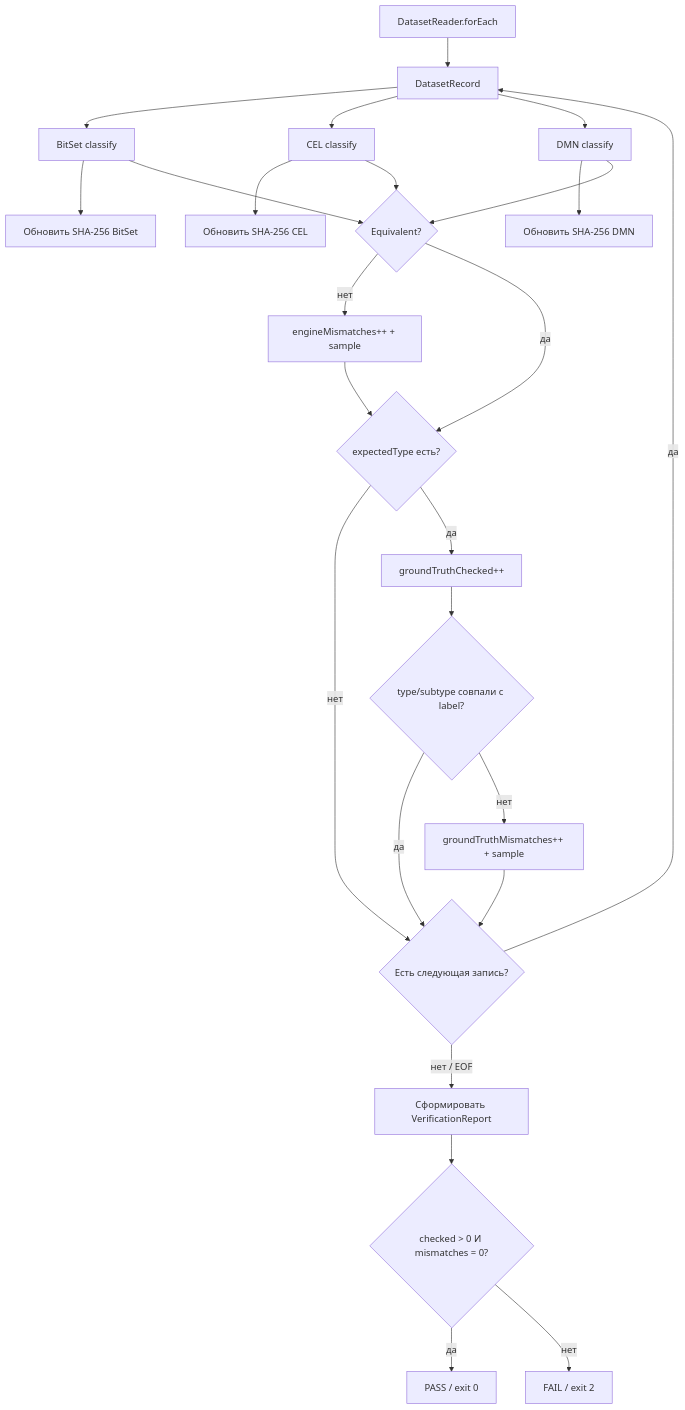
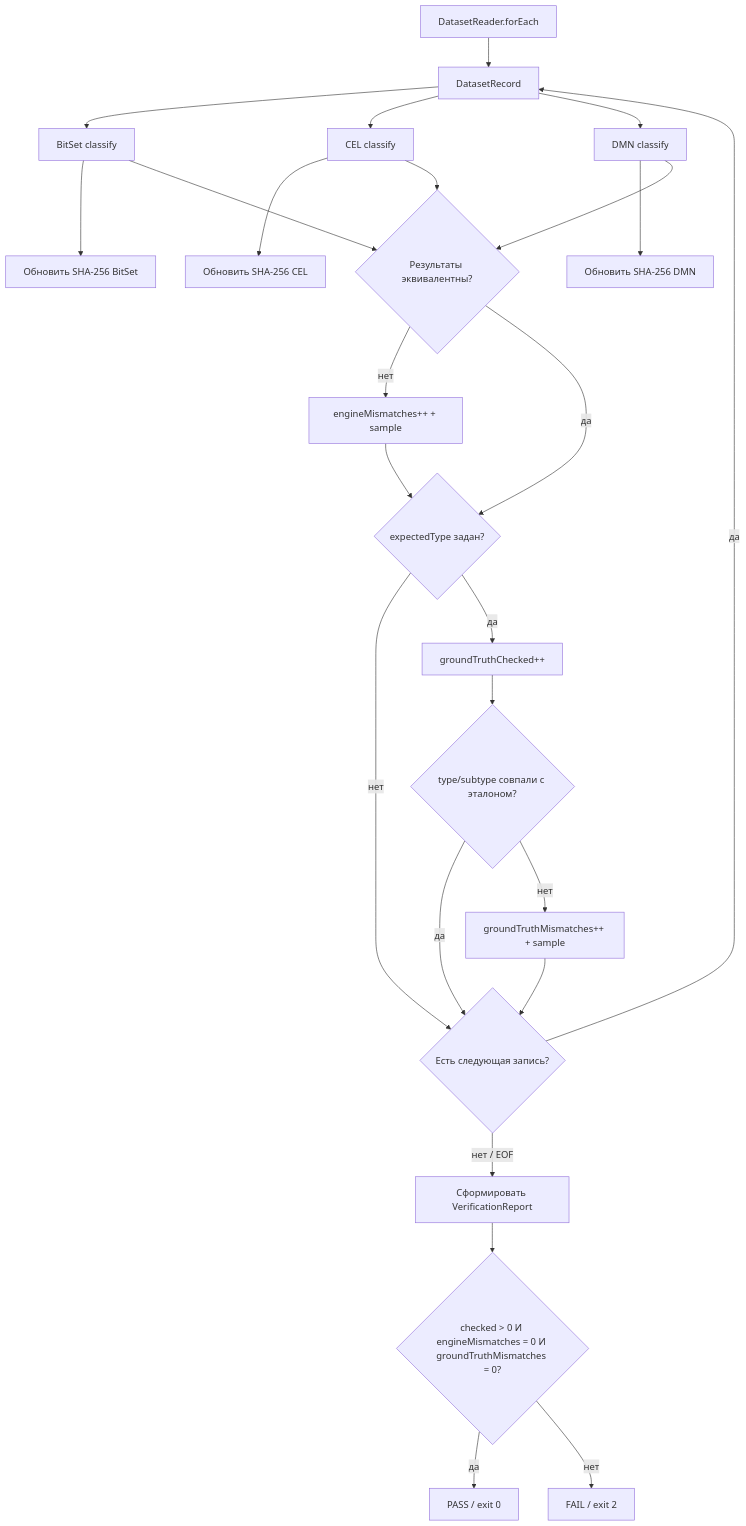
Before and after one commit to GAbra/itam-asset-typing-benchmark: the fifth of 6 diagrams in docs/IMPLEMENTATION_RU.md, drawn with Mermaid. The commit also changed other lines of this file, not shown here.

Commit message:
Use Russian flow diagrams and explicit branch labels

````diff
--- a/docs/IMPLEMENTATION_RU.md
+++ b/docs/IMPLEMENTATION_RU.md
@@ -152,27 +154,27 @@
 ```mermaid
 flowchart TD
     R[DatasetReader.forEach] --> X[DatasetRecord]
     X --> B[BitSet classify]
     X --> C[CEL classify]
     X --> D[DMN classify]
     B --> H[Обновить SHA-256 BitSet]
     C --> H2[Обновить SHA-256 CEL]
     D --> H3[Обновить SHA-256 DMN]
-    B --> EQ{Equivalent?}
+    B --> EQ{Результаты эквивалентны?}
     C --> EQ
     D --> EQ
     EQ -->|нет| EM[engineMismatches++ + sample]
-    EQ -->|да| GT{expectedType есть?}
+    EQ -->|да| GT{expectedType задан?}
     EM --> GT
     GT -->|нет| NEXT{Есть следующая запись?}
     GT -->|да| GTC[groundTruthChecked++]
-    GTC --> GC{type/subtype совпали с label?}
+    GTC --> GC{type/subtype совпали с эталоном?}
     GC -->|да| NEXT
     GC -->|нет| GM[groundTruthMismatches++ + sample]
     GM --> NEXT
     NEXT -->|да| X
     NEXT -->|нет / EOF| REP[Сформировать VerificationReport]
-    REP --> P{checked > 0 И mismatches = 0?}
+    REP --> P{checked > 0 И engineMismatches = 0 И groundTruthMismatches = 0?}
     P -->|да| OK[PASS / exit 0]
     P -->|нет| FAIL[FAIL / exit 2]
 ```
````
